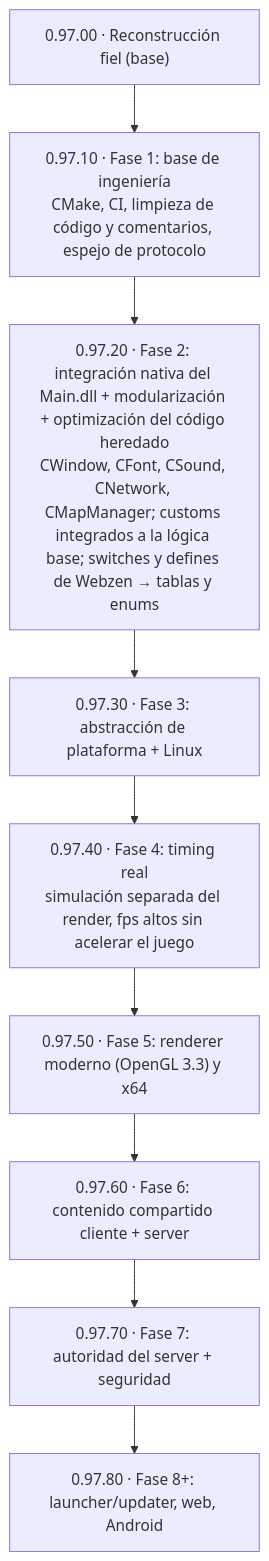
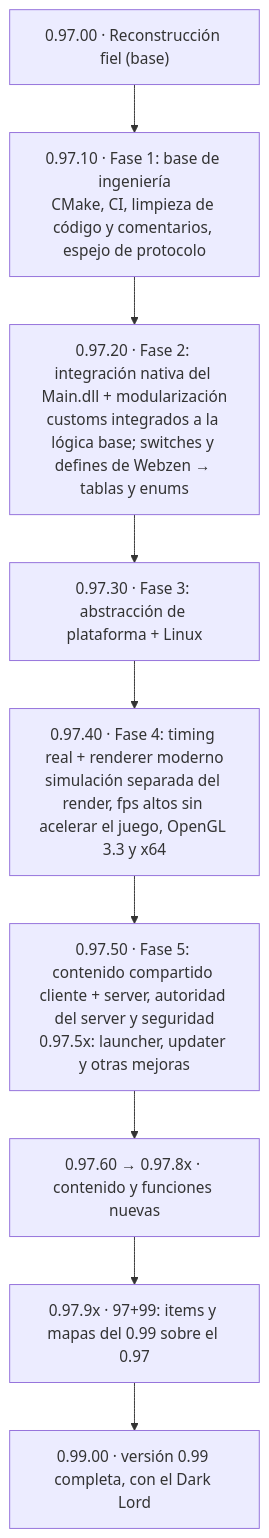
The first of 2 diagrams in README.md (EmanuelCatania/Mu-97k-Client-Source), drawn with Mermaid before and after one commit. The commit also changed other lines of this file and 2 other files, not shown here.

First line of the commit message:
README: hoja de ruta y versionado por versión de Webzen

````diff
--- a/README.md
+++ b/README.md
@@ -553,12 +559,12 @@
 ```mermaid
 flowchart TD
     F0["0.97.00 · Reconstrucción fiel (base)"] --> F1
     F1["0.97.10 · Fase 1: base de ingeniería<br/>CMake, CI, limpieza de código y comentarios, espejo de protocolo"] --> F2
-    F2["0.97.20 · Fase 2: integración nativa del Main.dll + modularización + optimización del código heredado<br/>CWindow, CFont, CSound, CNetwork, CMapManager; customs integrados a la lógica base; switches y defines de Webzen → tablas y enums"] --> F3
+    F2["0.97.20 · Fase 2: integración nativa del Main.dll + modularización<br/>customs integrados a la lógica base; switches y defines de Webzen → tablas y enums"] --> F3
     F3["0.97.30 · Fase 3: abstracción de plataforma + Linux"] --> F4
-    F4["0.97.40 · Fase 4: timing real<br/>simulación separada del render, fps altos sin acelerar el juego"] --> F5
-    F5["0.97.50 · Fase 5: renderer moderno (OpenGL 3.3) y x64"] --> F6
-    F6["0.97.60 · Fase 6: contenido compartido cliente + server"] --> F7
-    F7["0.97.70 · Fase 7: autoridad del server + seguridad"] --> F8
-    F8["0.97.80 · Fase 8+: launcher/updater, web, Android"]
+    F4["0.97.40 · Fase 4: timing real + renderer moderno<br/>simulación separada del render, fps altos sin acelerar el juego, OpenGL 3.3 y x64"] --> F5
+    F5["0.97.50 · Fase 5: contenido compartido cliente + server, autoridad del server y seguridad<br/>0.97.5x: launcher, updater y otras mejoras"] --> F6
+    F6["0.97.60 → 0.97.8x · contenido y funciones nuevas"] --> F9
+    F9["0.97.9x · 97+99: items y mapas del 0.99 sobre el 0.97"] --> V99
+    V99["0.99.00 · versión 0.99 completa, con el Dark Lord"]
 ```
````
